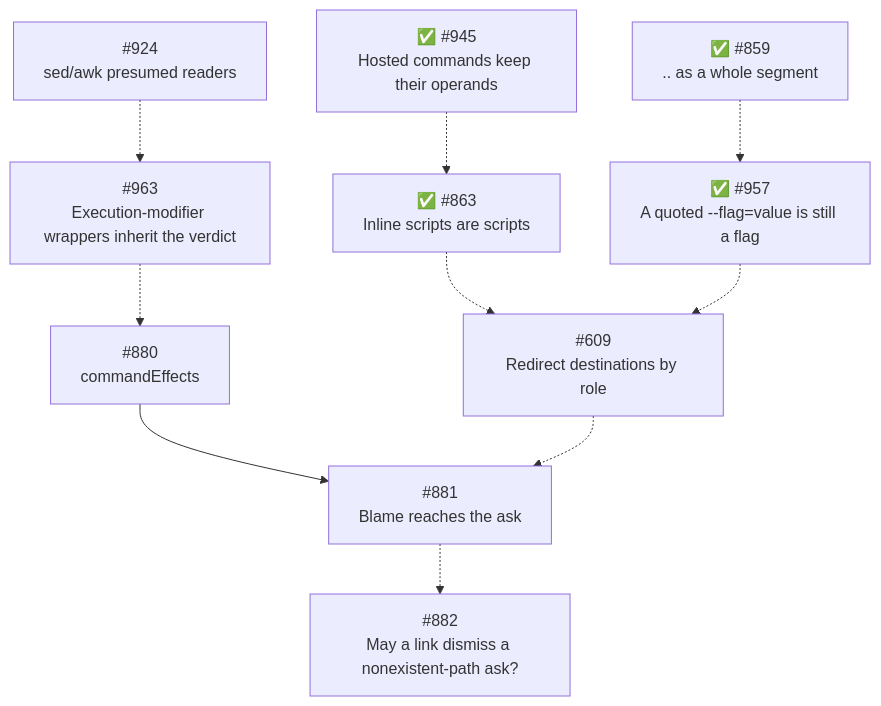
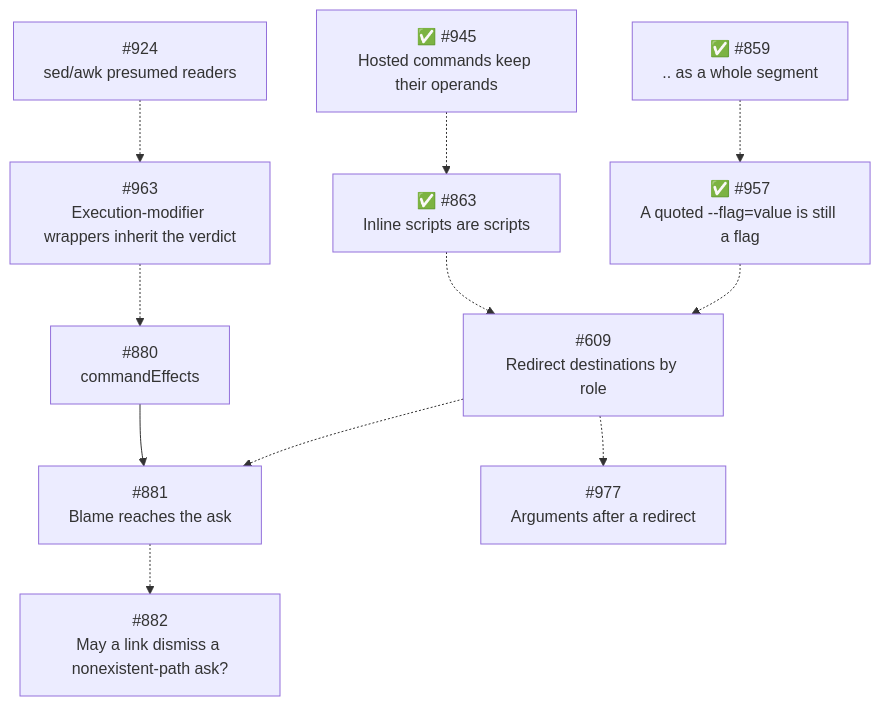
One commit to Jopqior/gotgenes-pi-packages changed the fourth of 4 diagrams in packages/pi-permission-system/docs/architecture/architecture.md. Above: the diagram before and after it, drawn with Mermaid. The commit also changed other lines of this file, not shown here.

````diff
--- a/packages/pi-permission-system/docs/architecture/architecture.md
+++ b/packages/pi-permission-system/docs/architecture/architecture.md
@@ -1503,12 +1519,13 @@
 ```mermaid
 flowchart TD
     S945["✅ #945<br/>Hosted commands keep their operands"] -.-> S863["✅ #863<br/>Inline scripts are scripts"]
     S863 -.-> S609["#609<br/>Redirect destinations by role"]
     S859["✅ #859<br/>.. as a whole segment"] -.-> S957["✅ #957<br/>A quoted --flag=value is still a flag"]
     S957 -.-> S609
     S924["#924<br/>sed/awk presumed readers"] -.-> S963["#963<br/>Execution-modifier wrappers inherit the verdict"]
     S963 -.-> S880["#880<br/>commandEffects"]
     S880 --> S881["#881<br/>Blame reaches the ask"]
     S609 -.-> S881
+    S609 -.-> S977["#977<br/>Arguments after a redirect"]
     S881 -.-> S882["#882<br/>May a link dismiss a nonexistent-path ask?"]
 ```
````
